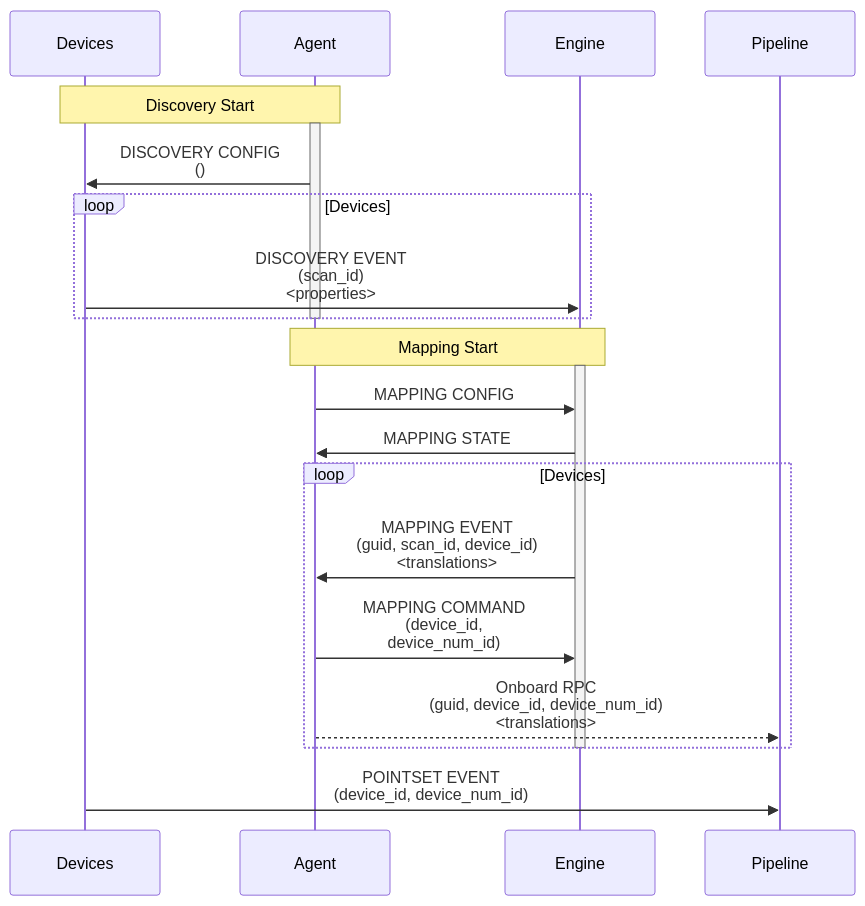
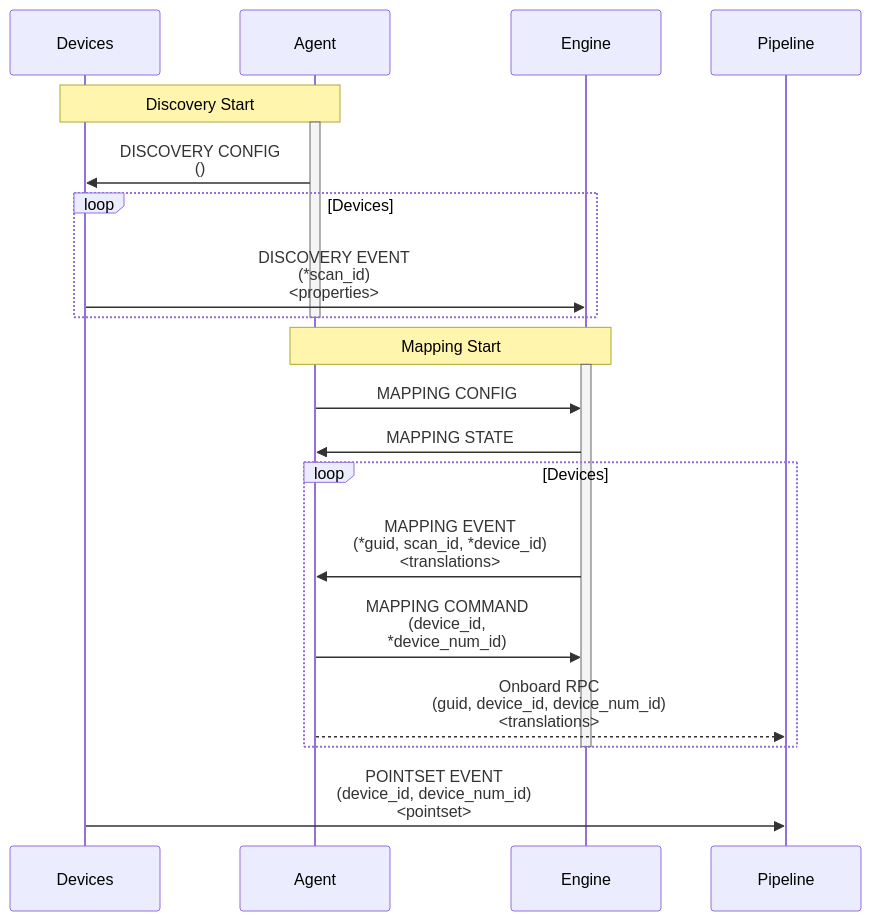
The diagram in docs/specs/mapping.md (faucetsdn/udmi), drawn with Mermaid before and after one commit. The commit also changed 2 other files, not shown here.

Commit message:
Tweaking mapping docs

````diff
--- a/docs/specs/mapping.md
+++ b/docs/specs/mapping.md
@@ -24,26 +24,26 @@
 ```mermaid
 sequenceDiagram
   %%{wrap}%%
   participant Devices
   participant Agent
   participant Engine
   participant Pipeline
   Note over Devices, Agent: Discovery Start
   activate Agent
   Agent->>Devices: DISCOVERY CONFIG<br/>()
   loop Devices
-    Devices->>Engine: DISCOVERY EVENT<br/>(scan_id)<br/><properties>
+    Devices->>Engine: DISCOVERY EVENT<br/>(*scan_id)<br/><properties>
   end
   deactivate Agent
   Note over Agent, Engine: Mapping Start
   activate Engine
   Agent->>Engine: MAPPING CONFIG
   Engine->>Agent: MAPPING STATE
   loop Devices
-    Engine->>Agent: MAPPING EVENT<br/>(guid, scan_id, device_id)<br/><translations>
-    Agent->>Engine: MAPPING COMMAND<br/>(device_id, device_num_id)
+    Engine->>Agent: MAPPING EVENT<br/>(*guid, scan_id, *device_id)<br/><translations>
+    Agent->>Engine: MAPPING COMMAND<br/>(device_id, *device_num_id)
     Agent-->>Pipeline: Onboard RPC<br/>(guid, device_id, device_num_id)<br/><translations>
   end
   deactivate Engine
-  Devices->>Pipeline: POINTSET EVENT<br/>(device_id, device_num_id)
+  Devices->>Pipeline: POINTSET EVENT<br/>(device_id, device_num_id)<br/><pointset>
 ```
````
